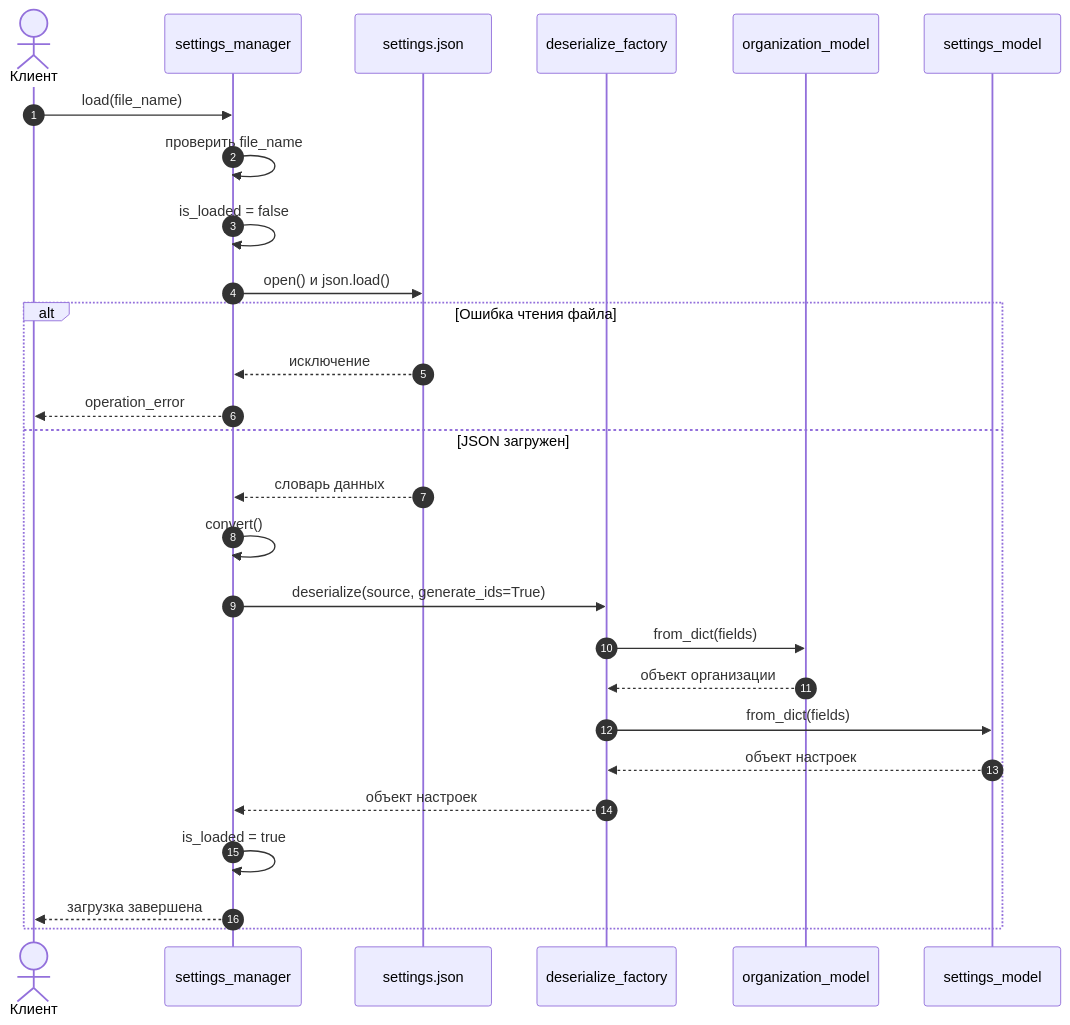
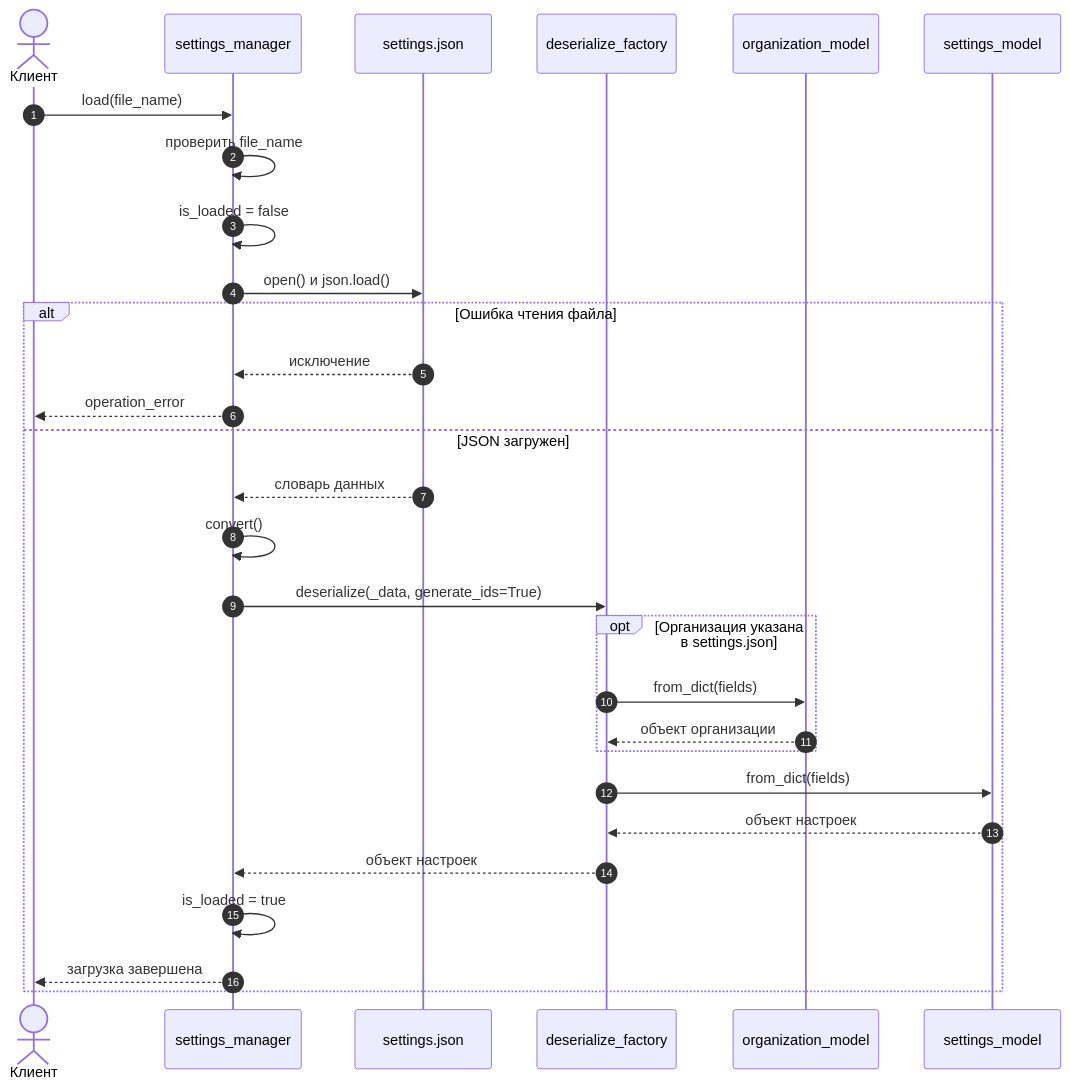
One commit to NikShep21/patterns2026 changed the second of 2 diagrams in Docs/UML/SettingsManager.md. Above: the diagram before and after it, drawn with Mermaid. The commit also changed 5 other files, not shown here.

Commit message:
deserialize settings directly from JSON

````diff
--- a/Docs/UML/SettingsManager.md
+++ b/Docs/UML/SettingsManager.md
@@ -99,31 +99,33 @@
 ```mermaid
 sequenceDiagram
     autonumber
     actor Client as Клиент
     participant Manager as settings_manager
     participant File as settings.json
     participant Factory as deserialize_factory
     participant Organization as organization_model
     participant Settings as settings_model
 
     Client->>Manager: load(file_name)
     Manager->>Manager: проверить file_name
     Manager->>Manager: is_loaded = false
     Manager->>File: open() и json.load()
 
     alt Ошибка чтения файла
         File-->>Manager: исключение
         Manager-->>Client: operation_error
     else JSON загружен
         File-->>Manager: словарь данных
         Manager->>Manager: convert()
-        Manager->>Factory: deserialize(source, generate_ids=True)
-        Factory->>Organization: from_dict(fields)
-        Organization-->>Factory: объект организации
+        Manager->>Factory: deserialize(_data, generate_ids=True)
+        opt Организация указана в settings.json
+            Factory->>Organization: from_dict(fields)
+            Organization-->>Factory: объект организации
+        end
         Factory->>Settings: from_dict(fields)
         Settings-->>Factory: объект настроек
         Factory-->>Manager: объект настроек
         Manager->>Manager: is_loaded = true
         Manager-->>Client: загрузка завершена
     end
 ```
````
